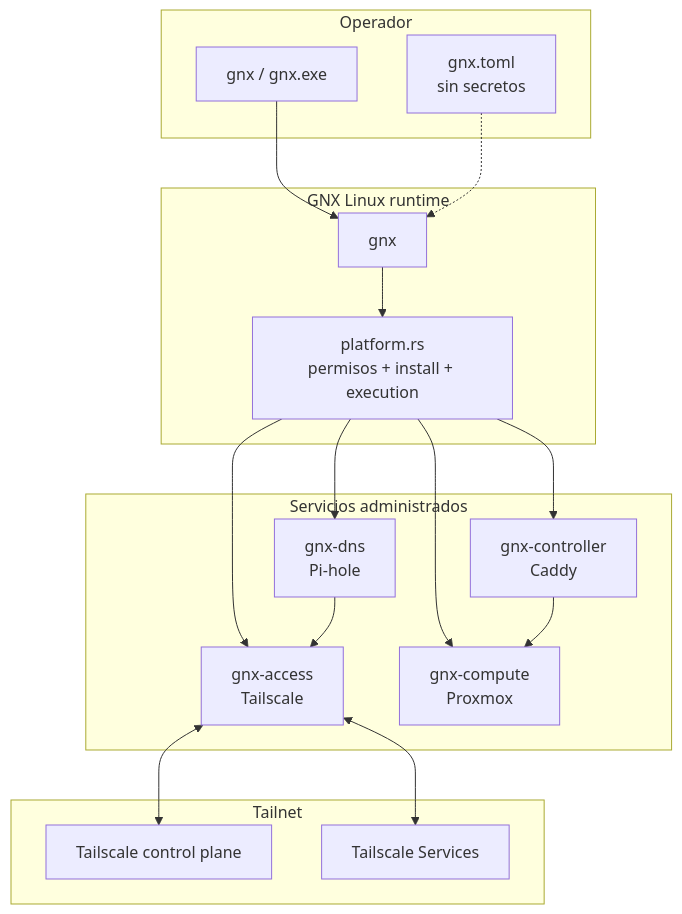
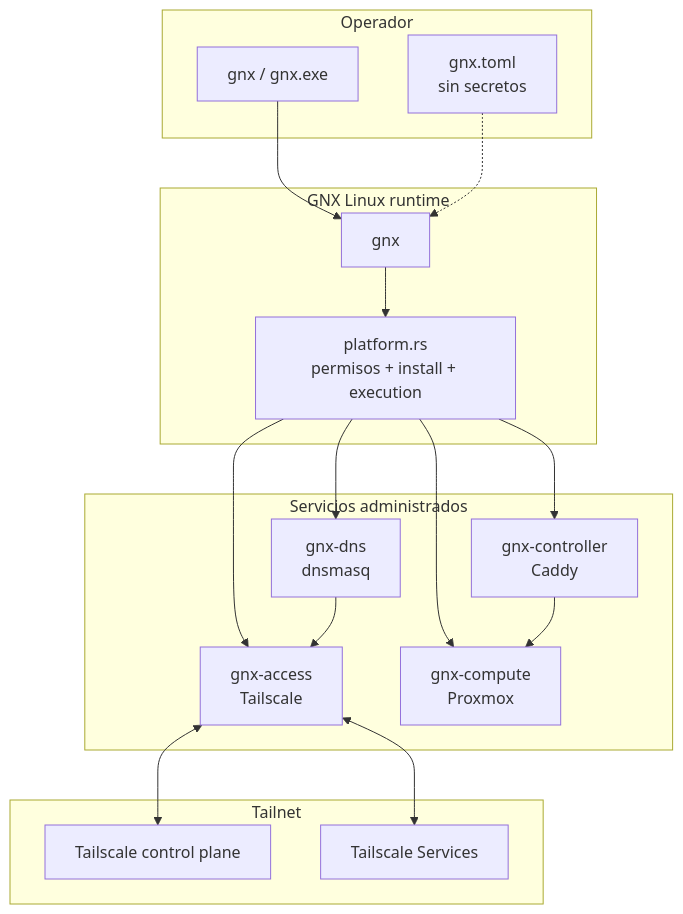
One commit to mayas-alas/quetzalcoatl changed the second of 6 diagrams in docs/arquitectura.md. Above: the diagram before and after it, drawn with Mermaid. The commit also changed other lines of this file and 15 other files, not shown here.

````diff
--- a/docs/arquitectura.md
+++ b/docs/arquitectura.md
@@ -53,38 +53,38 @@
 ```mermaid
 flowchart TB
     subgraph HOST["Operador"]
         CLI["gnx / gnx.exe"]
         CFG["gnx.toml<br/>sin secretos"]
     end
 
     subgraph CORE["GNX Linux runtime"]
         BIN["gnx"]
         PLATFORM["platform.rs<br/>permisos + install + execution"]
     end
 
     subgraph SERVICES["Servicios administrados"]
         ACCESS["gnx-access<br/>Tailscale"]
-        DNS["gnx-dns<br/>Pi-hole"]
+        DNS["gnx-dns<br/>dnsmasq"]
         COMPUTE["gnx-compute<br/>Proxmox"]
         CONTROLLER["gnx-controller<br/>Caddy"]
     end
 
     subgraph TAILNET["Tailnet"]
         TSCTRL["Tailscale control plane"]
         TSSVC["Tailscale Services"]
     end
 
     CLI --> BIN
     CFG -.-> BIN
     BIN --> PLATFORM
 
     PLATFORM --> ACCESS
     PLATFORM --> DNS
     PLATFORM --> COMPUTE
     PLATFORM --> CONTROLLER
 
     ACCESS <--> TSCTRL
     ACCESS <--> TSSVC
     DNS --> ACCESS
     CONTROLLER --> COMPUTE
 ```
````
